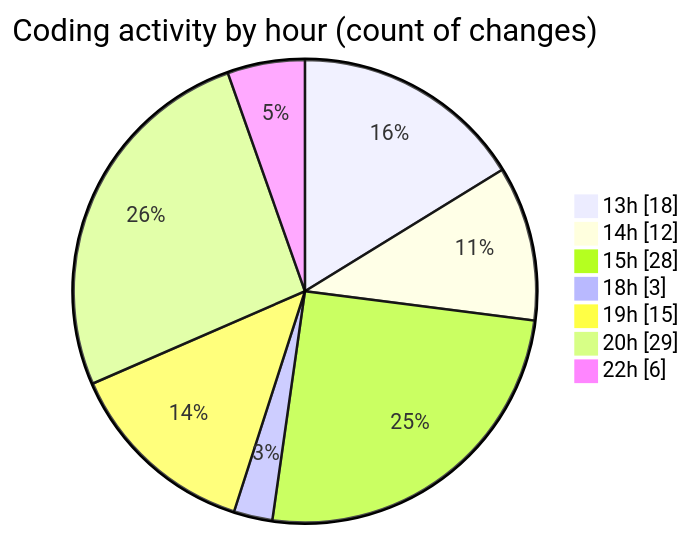
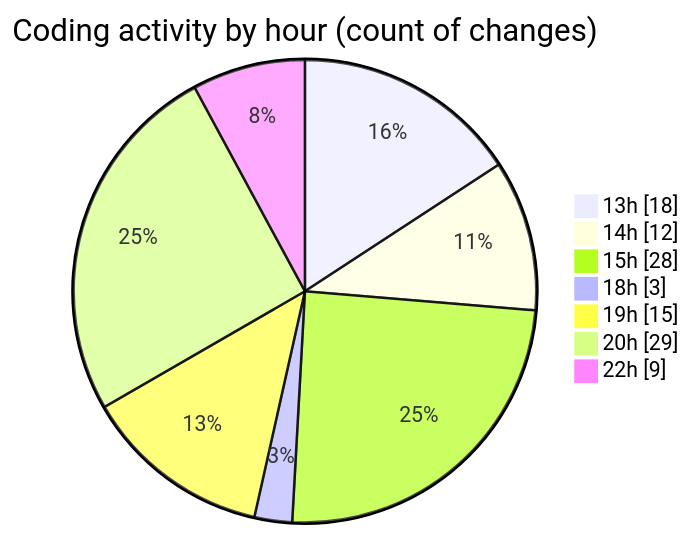
One commit to idhammustaqopulfikri/code-tracking changed the second of 2 diagrams in 2025-06-16/studio-backend/README.md. Above: the diagram before and after it, drawn with Mermaid. The commit also changed other lines of this file and 1 other file, not shown here.

````diff
--- a/2025-06-16/studio-backend/README.md
+++ b/2025-06-16/studio-backend/README.md
@@ -45,11 +45,11 @@
 ```mermaid
 pie showData
 title Coding activity by hour (count of changes)
 "13h" : 18
 "14h" : 12
 "15h" : 28
 "18h" : 3
 "19h" : 15
 "20h" : 29
-"22h" : 6
+"22h" : 9
 ```
````
